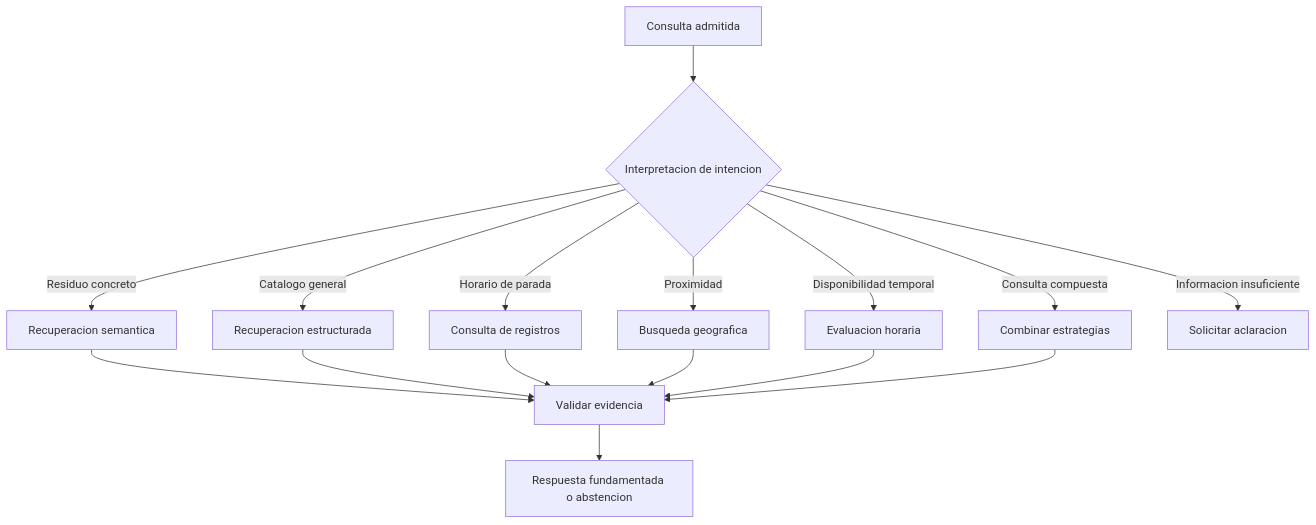
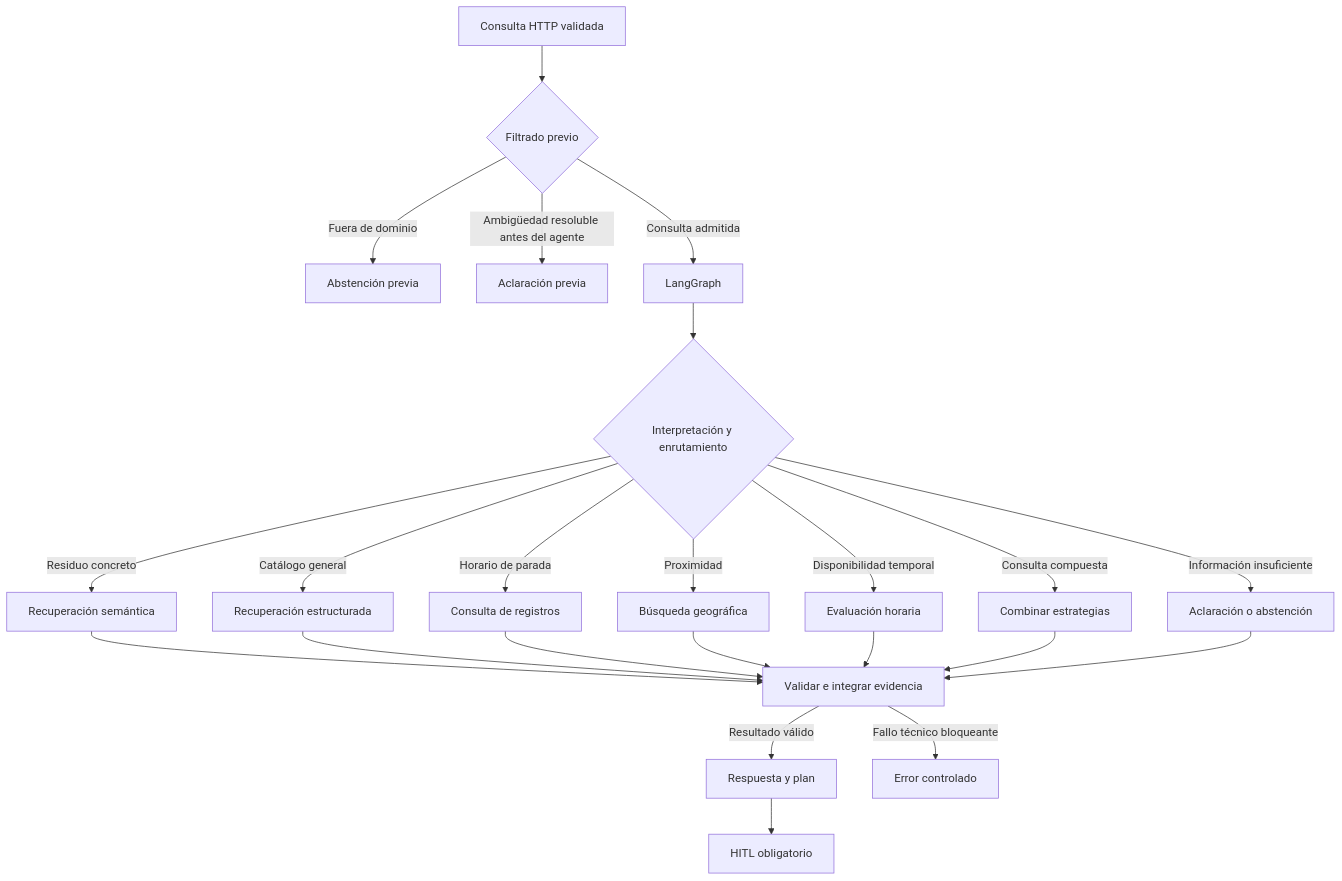
Before and after one commit to alex-bometon/pb03_equipo18: the diagram in specs/04-consultas-generales.md, drawn with Mermaid. The commit also changed other lines of this file and 3 other files, not shown here.

````diff
--- a/specs/04-consultas-generales.md
+++ b/specs/04-consultas-generales.md
@@ -84,18 +145,31 @@
 ```mermaid
 flowchart TD
-    U[Consulta admitida] --> D{Interpretacion de intencion}
-    D -->|Residuo concreto| S[Recuperacion semantica]
-    D -->|Catalogo general| C[Recuperacion estructurada]
+    U[Consulta HTTP validada] --> F{Filtrado previo}
+
+    F -->|Fuera de dominio| A[Abstención previa]
+    F -->|Ambigüedad resoluble antes del agente| Q[Aclaración previa]
+    F -->|Consulta admitida| G[LangGraph]
+
+    G --> D{Interpretación y enrutamiento}
+
+    D -->|Residuo concreto| S[Recuperación semántica]
+    D -->|Catálogo general| C[Recuperación estructurada]
     D -->|Horario de parada| H[Consulta de registros]
-    D -->|Proximidad| G[Busqueda geografica]
-    D -->|Disponibilidad temporal| T[Evaluacion horaria]
+    D -->|Proximidad| P[Búsqueda geográfica]
+    D -->|Disponibilidad temporal| T[Evaluación horaria]
     D -->|Consulta compuesta| M[Combinar estrategias]
-    D -->|Informacion insuficiente| A[Solicitar aclaracion]
-    S --> R[Validar evidencia]
+    D -->|Información insuficiente| L[Aclaración o abstención]
+
+    S --> R[Validar e integrar evidencia]
     C --> R
     H --> R
-    G --> R
+    P --> R
     T --> R
     M --> R
-    R --> V[Respuesta fundamentada o abstencion]
+    L --> R
+
+    R -->|Resultado válido| V[Respuesta y plan]
+    R -->|Fallo técnico bloqueante| E[Error controlado]
+
+    V --> I[HITL obligatorio]
 ```
````
